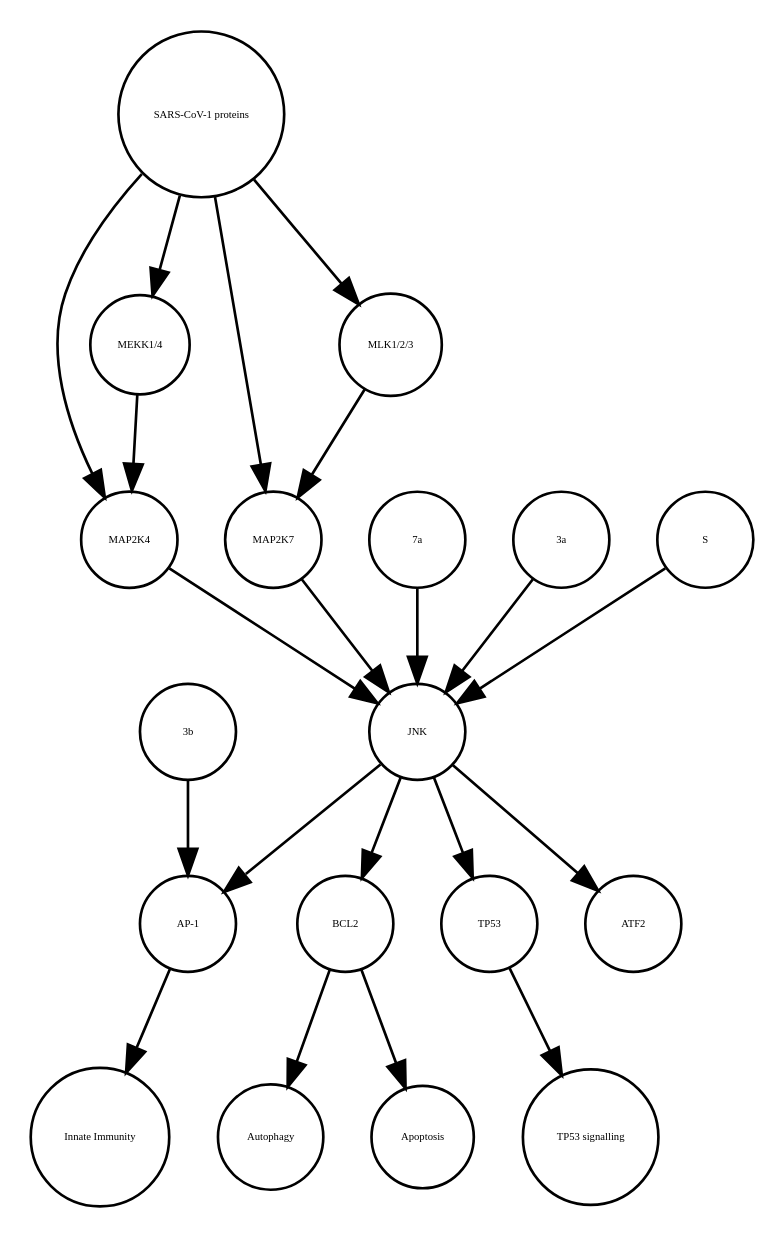
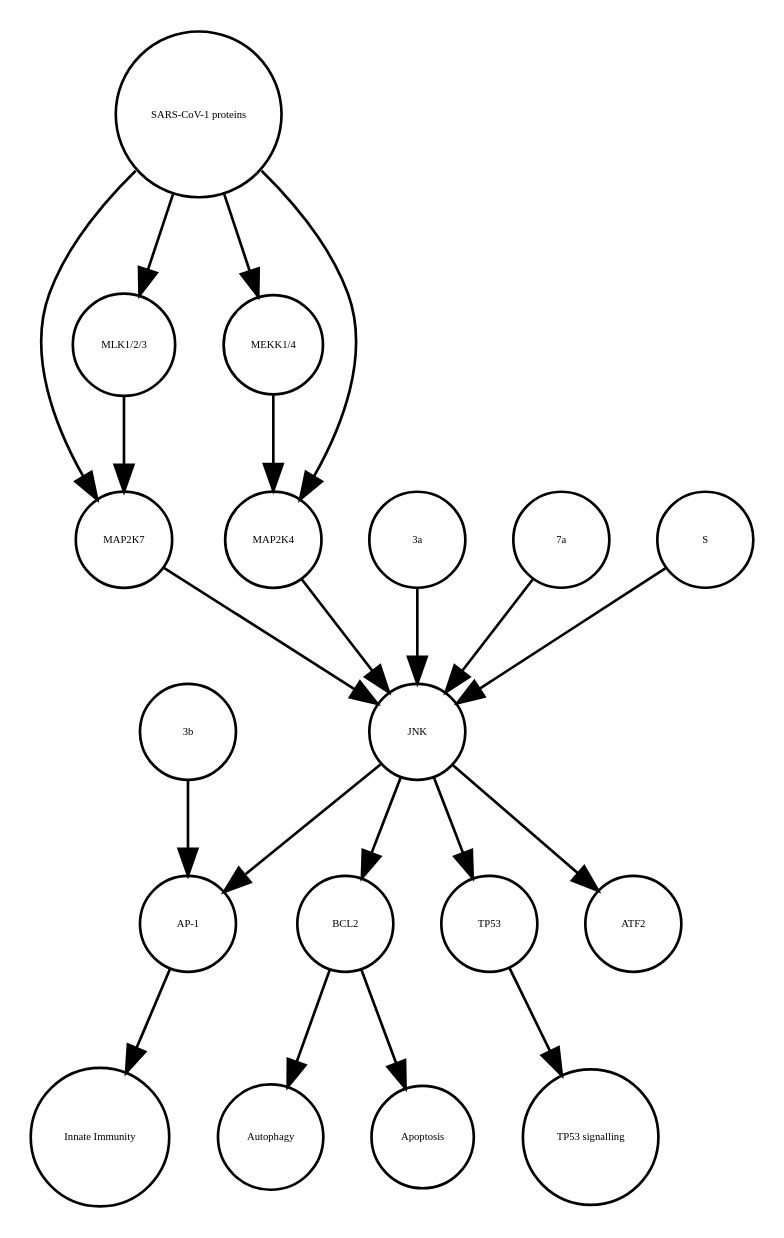
Before and after one commit to cannin/covid19-sbgn: the diagram in JNK_pathway_stable.xml_projected.dot, drawn with Graphviz. The commit also changed other lines of this file and 613 other files, not shown here.

```diff
--- a/JNK_pathway_stable.xml_projected.dot
+++ b/JNK_pathway_stable.xml_projected.dot
@@ -1,40 +1,40 @@
 strict digraph  {
 BCL2 [annotation=urn_miriam_ncbigene_596, bipartite=0, cls=macromolecule, fontsize=4, label=BCL2, shape=circle];
 Autophagy [annotation="urn_miriam_obo.go_GO%3A0006914", bipartite=0, cls=phenotype, fontsize=4, label=Autophagy, shape=circle];
 "AP-1" [annotation="", bipartite=0, cls=complex, fontsize=4, label="AP-1", shape=circle];
 "Innate Immunity" [annotation="urn_miriam_obo.go_GO%3A0045087", bipartite=0, cls=phenotype, fontsize=4, label="Innate Immunity", shape=circle];
 TP53 [annotation=urn_miriam_ncbigene_7157, bipartite=0, cls=macromolecule, fontsize=4, label=TP53, shape=circle];
 "TP53 signalling" [annotation="urn_miriam_obo.go_GO%3A0072331", bipartite=0, cls=phenotype, fontsize=4, label="TP53 signalling", shape=circle];
 Apoptosis [annotation="urn_miriam_obo.go_GO%3A0006915", bipartite=0, cls=phenotype, fontsize=4, label=Apoptosis, shape=circle];
+MAP2K7 [annotation=urn_miriam_ncbigene_5609, bipartite=0, cls=macromolecule, fontsize=4, label=MAP2K7, shape=circle];
+"MEKK1/4" [annotation="", bipartite=0, cls=complex, fontsize=4, label="MEKK1/4", shape=circle];
+"3a" [annotation=urn_miriam_uniprot_P59632, bipartite=0, cls=macromolecule, fontsize=4, label="3a", shape=circle];
+"7a" [annotation=urn_miriam_uniprot_P59635, bipartite=0, cls=macromolecule, fontsize=4, label="7a", shape=circle];
+"3b" [annotation=urn_miriam_uniprot_P59633, bipartite=0, cls=macromolecule, fontsize=4, label="3b", shape=circle];
+"MLK1/2/3" [annotation="", bipartite=0, cls=complex, fontsize=4, label="MLK1/2/3", shape=circle];
 ATF2 [annotation=urn_miriam_ncbigene_1386, bipartite=0, cls=macromolecule, fontsize=4, label=ATF2, shape=circle];
+JNK [annotation="", bipartite=0, cls=complex, fontsize=4, label=JNK, shape=circle];
 MAP2K4 [annotation=urn_miriam_ncbigene_6416, bipartite=0, cls=macromolecule, fontsize=4, label=MAP2K4, shape=circle];
-JNK [annotation="", bipartite=0, cls=complex, fontsize=4, label=JNK, shape=circle];
-"3b" [annotation=urn_miriam_uniprot_P59633, bipartite=0, cls=macromolecule, fontsize=4, label="3b", shape=circle];
-"7a" [annotation=urn_miriam_uniprot_P59635, bipartite=0, cls=macromolecule, fontsize=4, label="7a", shape=circle];
-"3a" [annotation=urn_miriam_uniprot_P59632, bipartite=0, cls=macromolecule, fontsize=4, label="3a", shape=circle];
+S [annotation=urn_miriam_uniprot_P59594, bipartite=0, cls=macromolecule, fontsize=4, label=S, shape=circle];
 "SARS-CoV-1 proteins" [annotation="", bipartite=0, cls=complex, fontsize=4, label="SARS-CoV-1 proteins", shape=circle];
-MAP2K7 [annotation=urn_miriam_ncbigene_5609, bipartite=0, cls=macromolecule, fontsize=4, label=MAP2K7, shape=circle];
-S [annotation=urn_miriam_uniprot_P59594, bipartite=0, cls=macromolecule, fontsize=4, label=S, shape=circle];
-"MEKK1/4" [annotation="", bipartite=0, cls=complex, fontsize=4, label="MEKK1/4", shape=circle];
-"MLK1/2/3" [annotation="", bipartite=0, cls=complex, fontsize=4, label="MLK1/2/3", shape=circle];
 BCL2 -> Autophagy  [annotation="", interaction_type="necessary stimulation"];
 BCL2 -> Apoptosis  [annotation="", interaction_type=inhibition];
 "AP-1" -> "Innate Immunity"  [annotation="", interaction_type="necessary stimulation"];
 TP53 -> "TP53 signalling"  [annotation="", interaction_type="necessary stimulation"];
+MAP2K7 -> JNK  [annotation="urn_miriam_pubmed_17141229|urn_miriam_taxonomy_694009|urn_miriam_taxonomy_392815", interaction_type=stimulation];
+"MEKK1/4" -> MAP2K4  [annotation="urn_miriam_pubmed_31226023|urn_miriam_taxonomy_694009|urn_miriam_taxonomy_392815", interaction_type=stimulation];
+"3a" -> JNK  [annotation="urn_miriam_pubmed_17141229|urn_miriam_taxonomy_694009|urn_miriam_taxonomy_392815", interaction_type=stimulation];
+"7a" -> JNK  [annotation="urn_miriam_pubmed_17141229|urn_miriam_taxonomy_694009|urn_miriam_taxonomy_392815", interaction_type=stimulation];
+"3b" -> "AP-1"  [annotation="urn_miriam_pubmed_21561061|urn_miriam_taxonomy_694009", interaction_type=stimulation];
+"MLK1/2/3" -> MAP2K7  [annotation="urn_miriam_pubmed_31226023|urn_miriam_taxonomy_694009|urn_miriam_taxonomy_392815", interaction_type=stimulation];
+JNK -> ATF2  [annotation=urn_miriam_pubmed_7824938, interaction_type=stimulation];
+JNK -> BCL2  [annotation=urn_miriam_pubmed_10567572, interaction_type=stimulation];
+JNK -> TP53  [annotation=urn_miriam_pubmed_9724739, interaction_type=stimulation];
+JNK -> "AP-1"  [annotation="urn_miriam_pubmed_21561061|urn_miriam_taxonomy_694009", interaction_type=stimulation];
 MAP2K4 -> JNK  [annotation="urn_miriam_pubmed_17141229|urn_miriam_taxonomy_694009|urn_miriam_taxonomy_392815", interaction_type=stimulation];
-JNK -> ATF2  [annotation=urn_miriam_pubmed_7824938, interaction_type=stimulation];
-JNK -> "AP-1"  [annotation="urn_miriam_pubmed_21561061|urn_miriam_taxonomy_694009", interaction_type=stimulation];
-JNK -> TP53  [annotation=urn_miriam_pubmed_9724739, interaction_type=stimulation];
-JNK -> BCL2  [annotation=urn_miriam_pubmed_10567572, interaction_type=stimulation];
-"3b" -> "AP-1"  [annotation="urn_miriam_pubmed_21561061|urn_miriam_taxonomy_694009", interaction_type=stimulation];
-"7a" -> JNK  [annotation="urn_miriam_pubmed_17141229|urn_miriam_taxonomy_694009|urn_miriam_taxonomy_392815", interaction_type=stimulation];
-"3a" -> JNK  [annotation="urn_miriam_pubmed_17141229|urn_miriam_taxonomy_694009|urn_miriam_taxonomy_392815", interaction_type=stimulation];
+S -> JNK  [annotation="urn_miriam_pubmed_17267381|urn_miriam_taxonomy_694009|urn_miriam_taxonomy_392815", interaction_type=stimulation];
+"SARS-CoV-1 proteins" -> "MEKK1/4"  [annotation="urn_miriam_pubmed_31226023|urn_miriam_taxonomy_694009|urn_miriam_taxonomy_392815", interaction_type=stimulation];
+"SARS-CoV-1 proteins" -> MAP2K4  [annotation="urn_miriam_pubmed_31226023|urn_miriam_taxonomy_694009|urn_miriam_taxonomy_392815", interaction_type=stimulation];
+"SARS-CoV-1 proteins" -> MAP2K7  [annotation="urn_miriam_pubmed_31226023|urn_miriam_taxonomy_694009|urn_miriam_taxonomy_392815", interaction_type=stimulation];
 "SARS-CoV-1 proteins" -> "MLK1/2/3"  [annotation="urn_miriam_taxonomy_694009|urn_miriam_pubmed_31226023|urn_miriam_taxonomy_392815", interaction_type=stimulation];
-"SARS-CoV-1 proteins" -> MAP2K7  [annotation="urn_miriam_pubmed_31226023|urn_miriam_taxonomy_694009|urn_miriam_taxonomy_392815", interaction_type=stimulation];
-"SARS-CoV-1 proteins" -> MAP2K4  [annotation="urn_miriam_pubmed_31226023|urn_miriam_taxonomy_694009|urn_miriam_taxonomy_392815", interaction_type=stimulation];
-"SARS-CoV-1 proteins" -> "MEKK1/4"  [annotation="urn_miriam_pubmed_31226023|urn_miriam_taxonomy_694009|urn_miriam_taxonomy_392815", interaction_type=stimulation];
-MAP2K7 -> JNK  [annotation="urn_miriam_pubmed_17141229|urn_miriam_taxonomy_694009|urn_miriam_taxonomy_392815", interaction_type=stimulation];
-S -> JNK  [annotation="urn_miriam_pubmed_17267381|urn_miriam_taxonomy_694009|urn_miriam_taxonomy_392815", interaction_type=stimulation];
-"MEKK1/4" -> MAP2K4  [annotation="urn_miriam_pubmed_31226023|urn_miriam_taxonomy_694009|urn_miriam_taxonomy_392815", interaction_type=stimulation];
-"MLK1/2/3" -> MAP2K7  [annotation="urn_miriam_pubmed_31226023|urn_miriam_taxonomy_694009|urn_miriam_taxonomy_392815", interaction_type=stimulation];
 }
```
